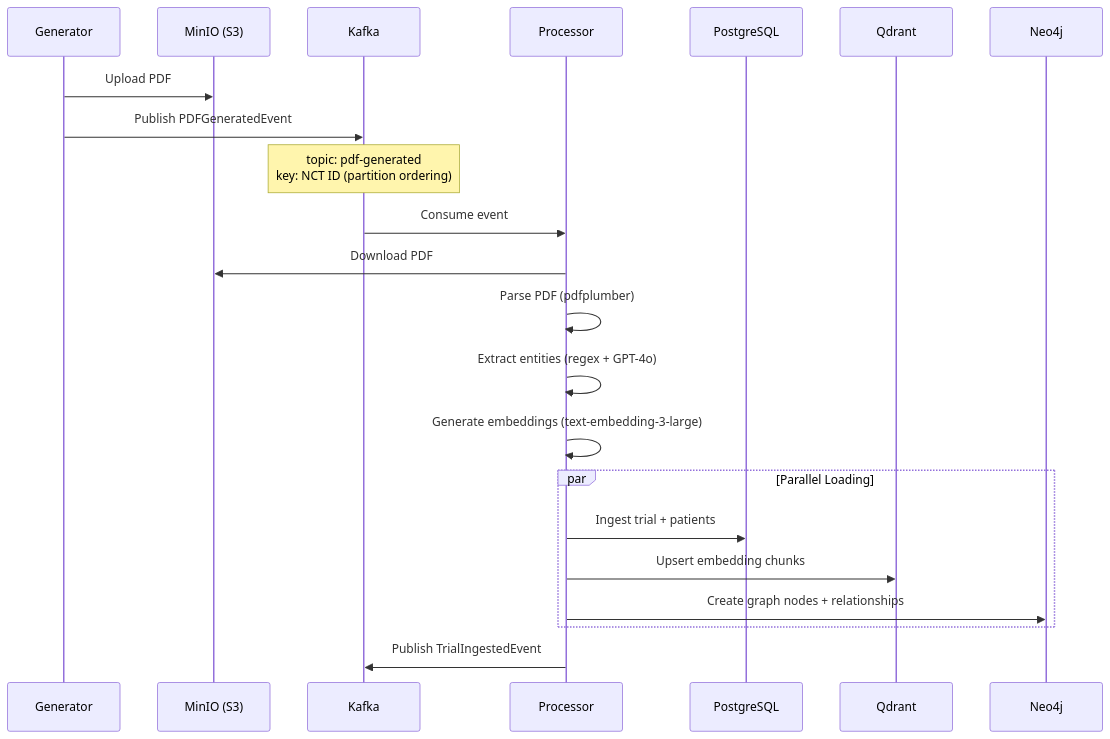
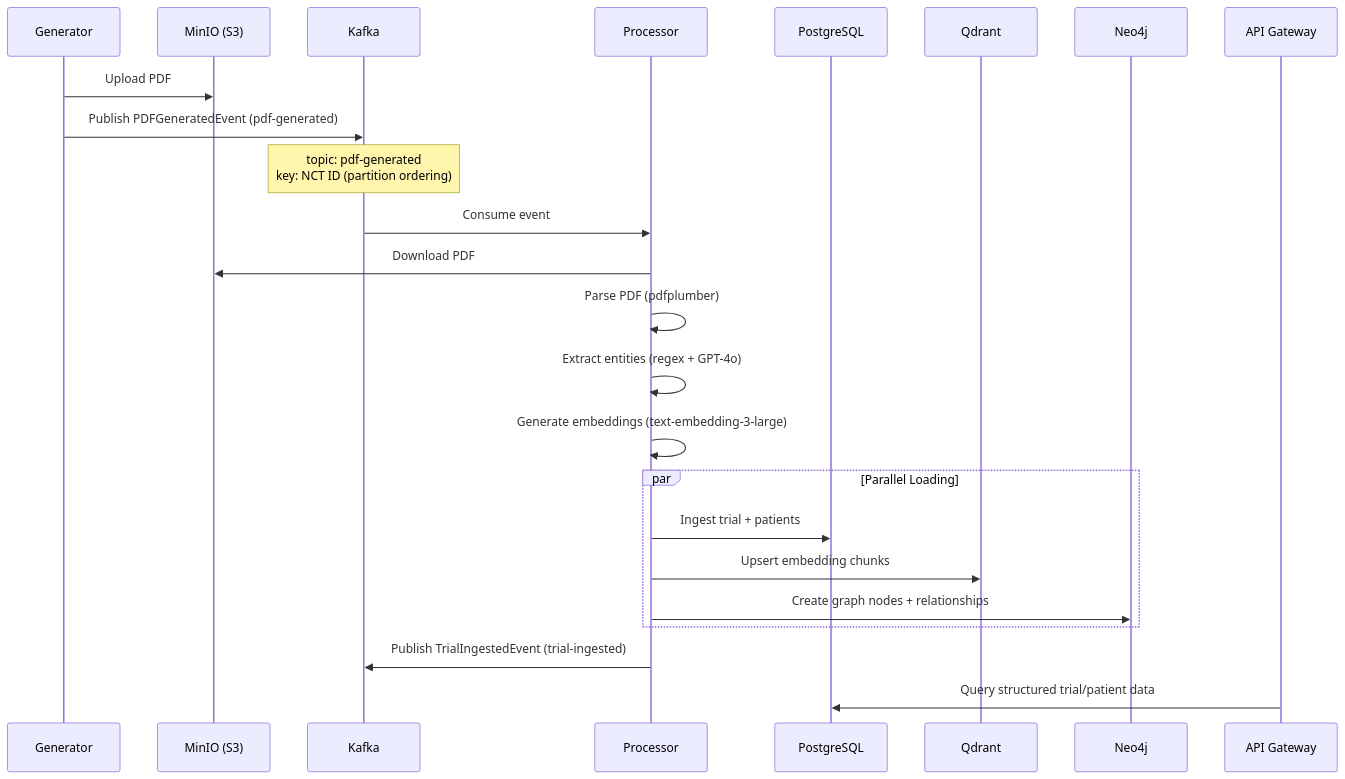
Before and after one commit to danirodao/clinical-trail-agentic-platform: the second of 9 diagrams in README.md, drawn with Mermaid. The commit also changed other lines of this file, not shown here.

Commit message:
updating diagrams

````diff
--- a/README.md
+++ b/README.md
@@ -172,25 +189,27 @@
 ```mermaid
 sequenceDiagram
     participant Gen as Generator
-    participant MinIO as MinIO (S3)
-    participant Kafka as Kafka
+  participant MinIO as MinIO (S3)
+  participant Kafka as Kafka
     participant Proc as Processor
     participant PG as PostgreSQL
     participant QD as Qdrant
     participant Neo as Neo4j
+  participant API as API Gateway
 
     Gen->>MinIO: Upload PDF
-    Gen->>Kafka: Publish PDFGeneratedEvent
+  Gen->>Kafka: Publish PDFGeneratedEvent (pdf-generated)
     Note over Kafka: topic: pdf-generated<br/>key: NCT ID (partition ordering)
     Kafka->>Proc: Consume event
     Proc->>MinIO: Download PDF
     Proc->>Proc: Parse PDF (pdfplumber)
     Proc->>Proc: Extract entities (regex + GPT-4o)
     Proc->>Proc: Generate embeddings (text-embedding-3-large)
     par Parallel Loading
         Proc->>PG: Ingest trial + patients
         Proc->>QD: Upsert embedding chunks
         Proc->>Neo: Create graph nodes + relationships
     end
-    Proc->>Kafka: Publish TrialIngestedEvent
+      Proc->>Kafka: Publish TrialIngestedEvent (trial-ingested)
+      API->>PG: Query structured trial/patient data
 ```
````
